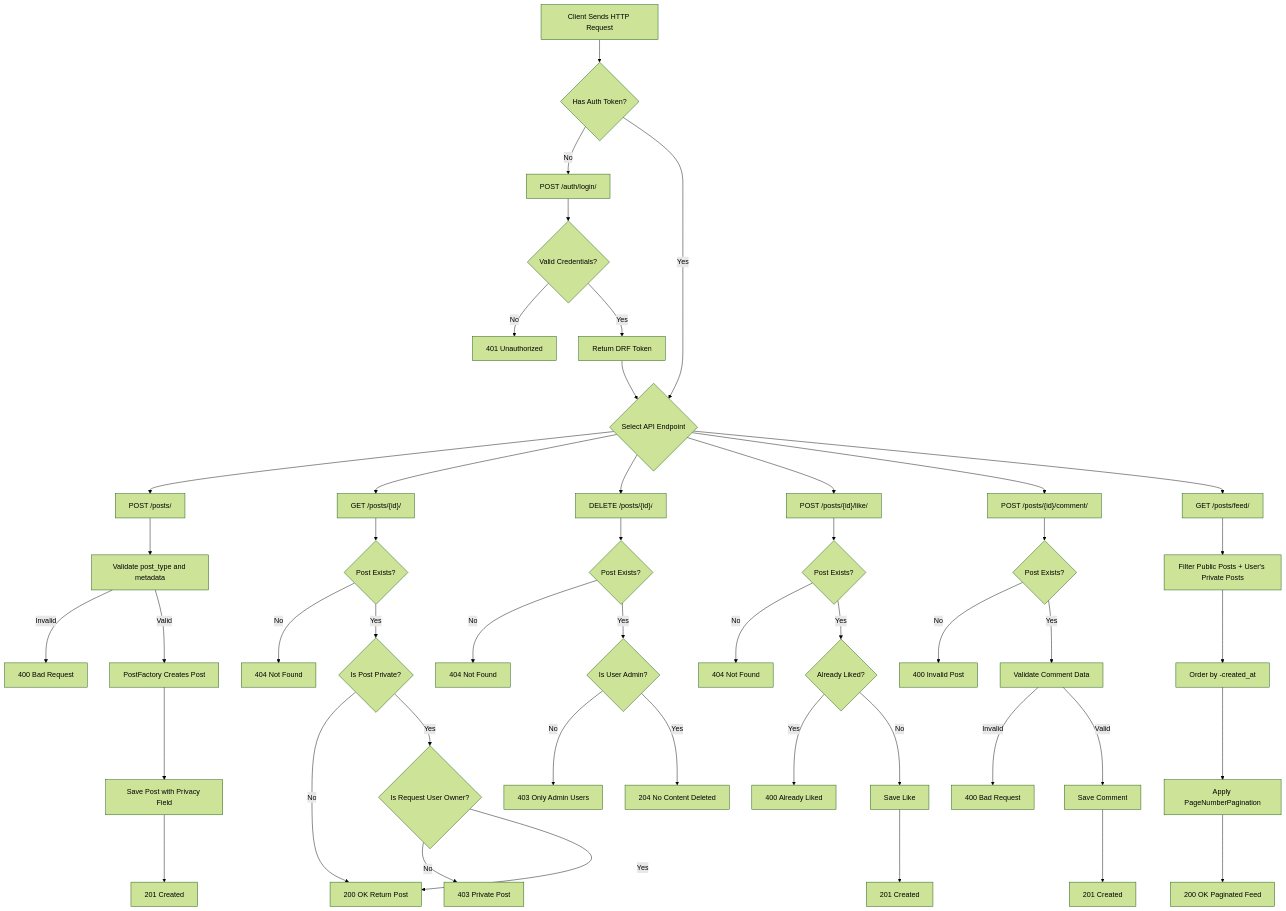
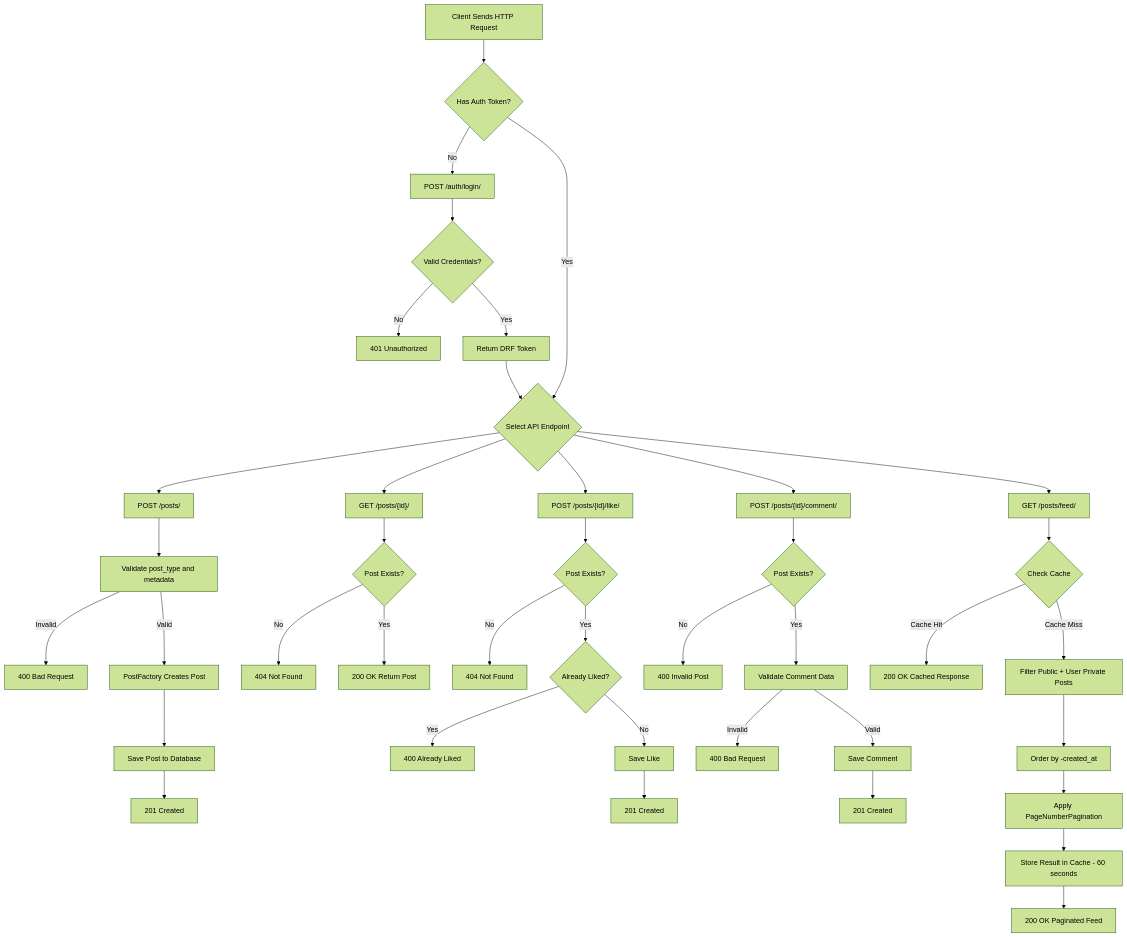
Before and after one commit to Mihoqr/connectly-rest-api: the second of 5 diagrams in README.md, drawn with Mermaid (forest theme). The commit also changed other lines of this file, not shown here.

Commit message:
Update README with caching and pagination details

````diff
--- a/README.md
+++ b/README.md
@@ -254,72 +254,65 @@
 ```mermaid
 flowchart TD
 
     START[Client Sends HTTP Request] --> AUTH{Has Auth Token?}
 
     %% ================= AUTH =================
 
     AUTH -->|No| LOGIN["POST /auth/login/"]
     LOGIN --> VALID{Valid Credentials?}
     VALID -->|No| ERR401["401 Unauthorized"]
     VALID -->|Yes| TOKEN["Return DRF Token"]
 
     AUTH -->|Yes| ACTION
     TOKEN --> ACTION{Select API Endpoint}
 
     %% ================= CREATE POST =================
 
     ACTION --> CP["POST /posts/"]
     CP --> CPV[Validate post_type and metadata]
     CPV -->|Invalid| ERR400A["400 Bad Request"]
     CPV -->|Valid| FACTORY[PostFactory Creates Post]
-    FACTORY --> SAVEPOST[Save Post with Privacy Field]
+    FACTORY --> SAVEPOST[Save Post to Database]
     SAVEPOST --> RES201["201 Created"]
 
     %% ================= GET SINGLE POST =================
 
     ACTION --> GP["GET /posts/{id}/"]
     GP --> GPC{Post Exists?}
     GPC -->|No| ERR404A["404 Not Found"]
-    GPC -->|Yes| PRIV{Is Post Private?}
-    PRIV -->|No| SUCCESSPOST["200 OK Return Post"]
-    PRIV -->|Yes| OWNER{Is Request User Owner?}
-    OWNER -->|No| ERR403P["403 Private Post"]
-    OWNER -->|Yes| SUCCESSPOST
-
-    %% ================= DELETE POST (RBAC) =================
-
-    ACTION --> DEL["DELETE /posts/{id}/"]
-    DEL --> EXISTS{Post Exists?}
-    EXISTS -->|No| ERR404D["404 Not Found"]
-    EXISTS -->|Yes| ROLE{Is User Admin?}
-    ROLE -->|No| ERR403R["403 Only Admin Users"]
-    ROLE -->|Yes| RES204["204 No Content Deleted"]
+    GPC -->|Yes| SUCCESSPOST["200 OK Return Post"]
 
     %% ================= LIKE POST =================
 
     ACTION --> LP["POST /posts/{id}/like/"]
     LP --> LPC{Post Exists?}
     LPC -->|No| ERR404B["404 Not Found"]
     LPC -->|Yes| DUP{Already Liked?}
     DUP -->|Yes| ERR400B["400 Already Liked"]
     DUP -->|No| SAVELIKE[Save Like]
     SAVELIKE --> RES201B["201 Created"]
 
     %% ================= COMMENT POST =================
 
     ACTION --> CM["POST /posts/{id}/comment/"]
     CM --> CMC{Post Exists?}
     CMC -->|No| ERR400C["400 Invalid Post"]
     CMC -->|Yes| VALIDC[Validate Comment Data]
     VALIDC -->|Invalid| ERR400D["400 Bad Request"]
     VALIDC -->|Valid| SAVECOM[Save Comment]
     SAVECOM --> RES201C["201 Created"]
 
-    %% ================= FEED WITH PRIVACY =================
+    %% ================= FEED WITH PAGINATION + CACHING =================
 
     ACTION --> FEED["GET /posts/feed/"]
-    FEED --> FILTER[Filter Public Posts + User's Private Posts]
+
+    FEED --> CACHECHECK{Check Cache}
+
+    CACHECHECK -->|Cache Hit| RETURN200["200 OK Cached Response"]
+
+    CACHECHECK -->|Cache Miss| FILTER[Filter Public + User Private Posts]
     FILTER --> SORT[Order by -created_at]
     SORT --> PAGINATE[Apply PageNumberPagination]
-    PAGINATE --> RES200C["200 OK Paginated Feed"]
+    PAGINATE --> CACHESET[Store Result in Cache - 60 seconds]
+    CACHESET --> RETURN200F["200 OK Paginated Feed"]
 ```
````
